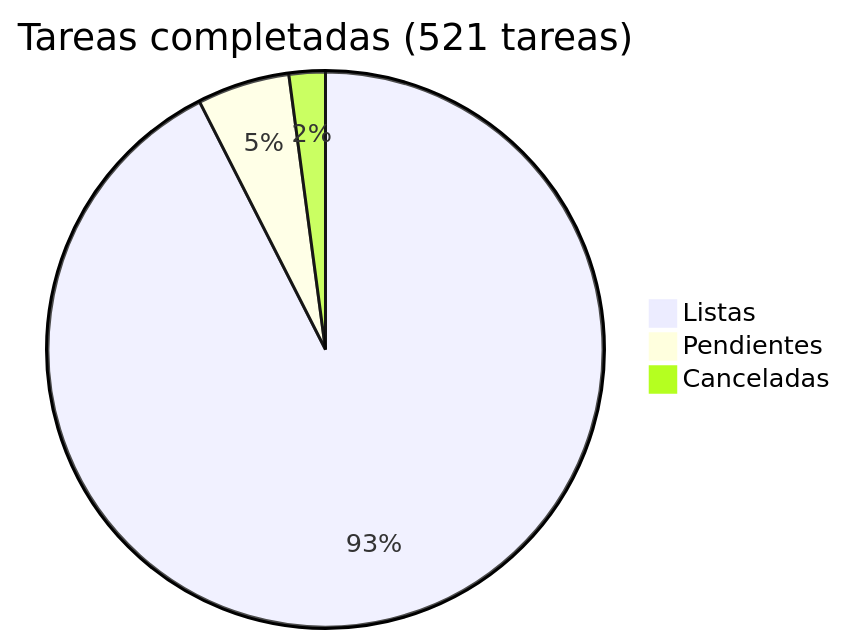
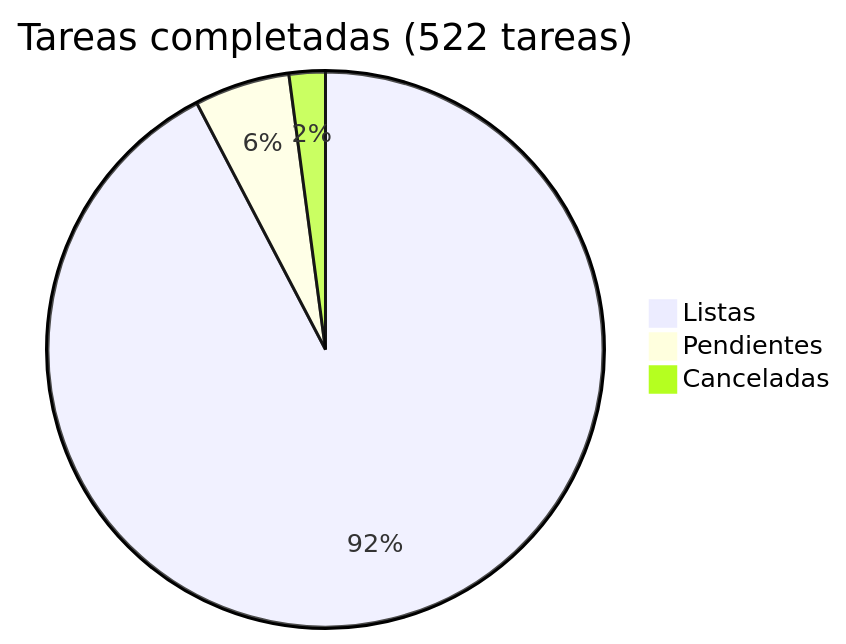
The diagram in docs/roadmap/README.md (araguaney-lat/araguaney), drawn with Mermaid before and after one commit. The commit also changed other lines of this file and 1 other file, not shown here.

Commit message:
docs: Analytics properties moved to a project-owned account; plan the Firebase ownership review (phase 29)

````diff
--- a/docs/roadmap/README.md
+++ b/docs/roadmap/README.md
@@ -5,6 +5,6 @@
 ```mermaid
-pie title Tareas completadas (521 tareas)
+pie title Tareas completadas (522 tareas)
     "Listas" : 482
-    "Pendientes" : 28
+    "Pendientes" : 29
     "Canceladas" : 11
 ```
````
